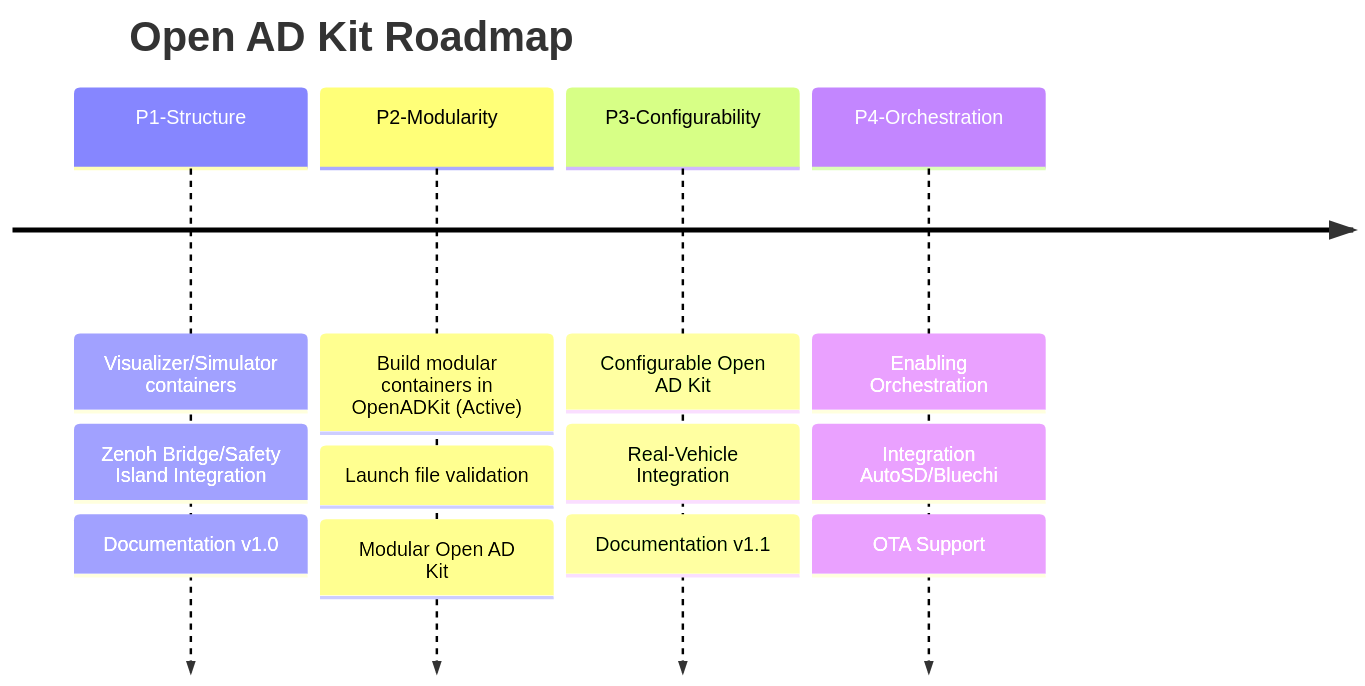
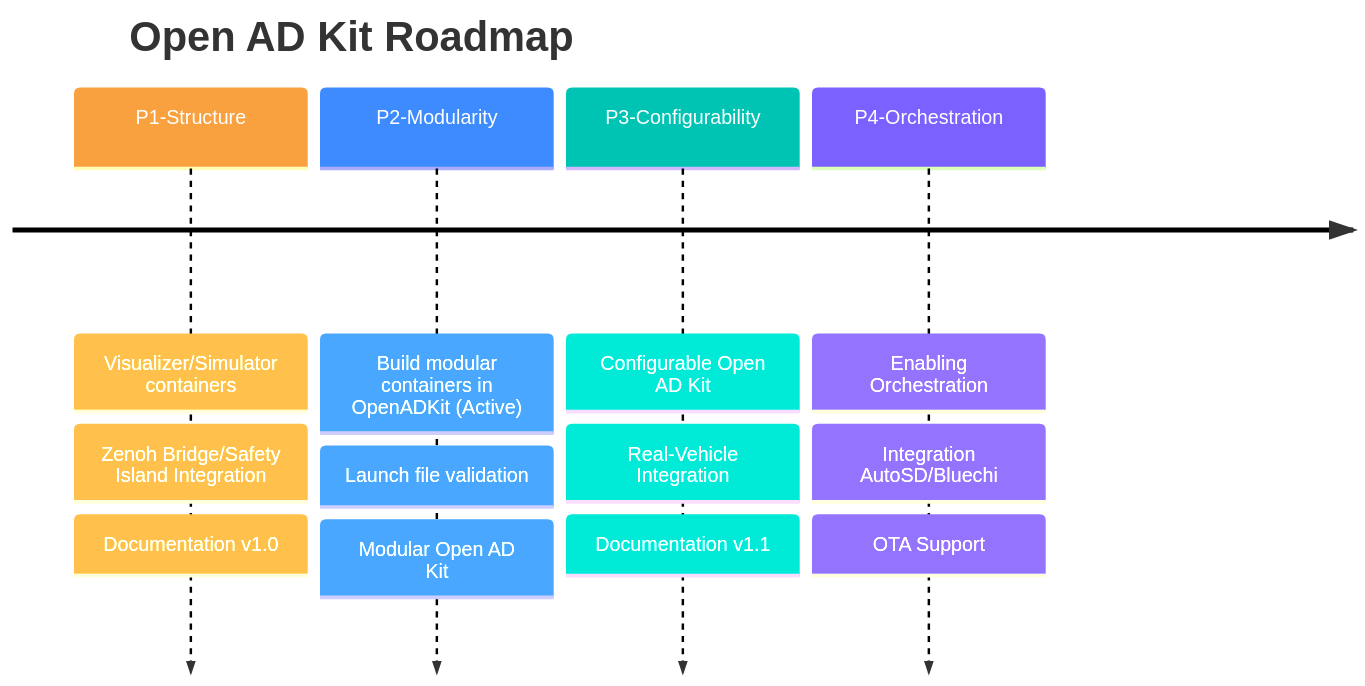
The diagram in docs/Roadmap/index.md (autowarefoundation/openadkit), drawn with Mermaid before and after one commit. The commit also changed 1 other file, not shown here.

Commit message:
try mermaid again

````diff
--- a/docs/Roadmap/index.md
+++ b/docs/Roadmap/index.md
@@ -3,21 +3,33 @@
 ```mermaid
+---
+config:
+  themeVariables:
+    cScaleLabel0: '#FFFFFF'
+    cScale0: '#f9a03f'
+    cScaleLabel1: '#FFFFFF'
+    cScale1: '#3d8bff'
+    cScaleLabel2: '#FFFFFF'
+    cScale2: '#00c4b3'
+    cScaleLabel3: '#FFFFFF'
+    cScale3: '#7b61ff'
+---
 
 timeline
     title Open AD Kit Roadmap
     P1-Structure
       : Visualizer/Simulator containers
       : Zenoh Bridge/Safety Island Integration
       : Documentation v1.0
     P2-Modularity
       : Build modular containers in OpenADKit (Active)
       : Launch file validation
       : Modular Open AD Kit
     P3-Configurability
       : Configurable Open AD Kit
       : Real-Vehicle Integration
       : Documentation v1.1
     P4-Orchestration
       : Enabling Orchestration
       : Integration AutoSD/Bluechi
       : OTA Support
 ```
````
